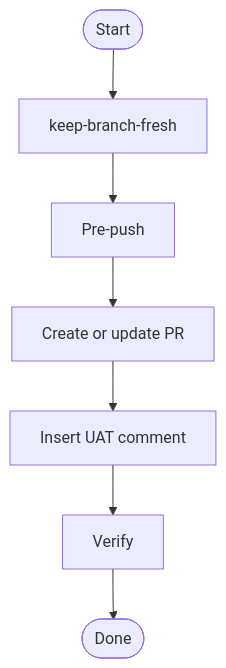
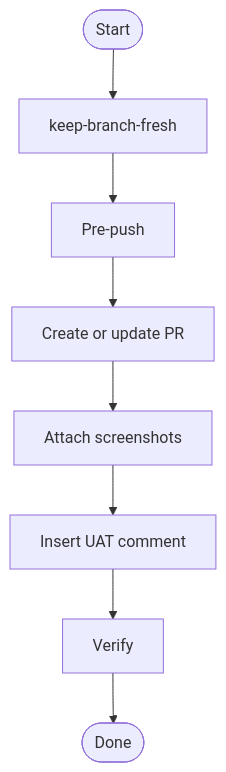
Before and after one commit to 35iter-cn/agents-config: the diagram in skills/my-own-skills/pr-handoff/SKILL.md, drawn with Mermaid. The commit also changed other lines of this file and 2 other files, not shown here.

Commit message:
feat(skills): add attach-pr-images, referenced from pr-handoff

````diff
--- a/skills/my-own-skills/pr-handoff/SKILL.md
+++ b/skills/my-own-skills/pr-handoff/SKILL.md
@@ -62,9 +70,10 @@
 ```mermaid
 flowchart TD
     A([Start]) --> B[keep-branch-fresh]
     B --> C[Pre-push]
     C --> D[Create or update PR]
-    D --> E[Insert UAT comment]
-    E --> F[Verify]
-    F --> G([Done])
+    D --> E[Attach screenshots]
+    E --> F[Insert UAT comment]
+    F --> G[Verify]
+    G --> H([Done])
 ```
````
